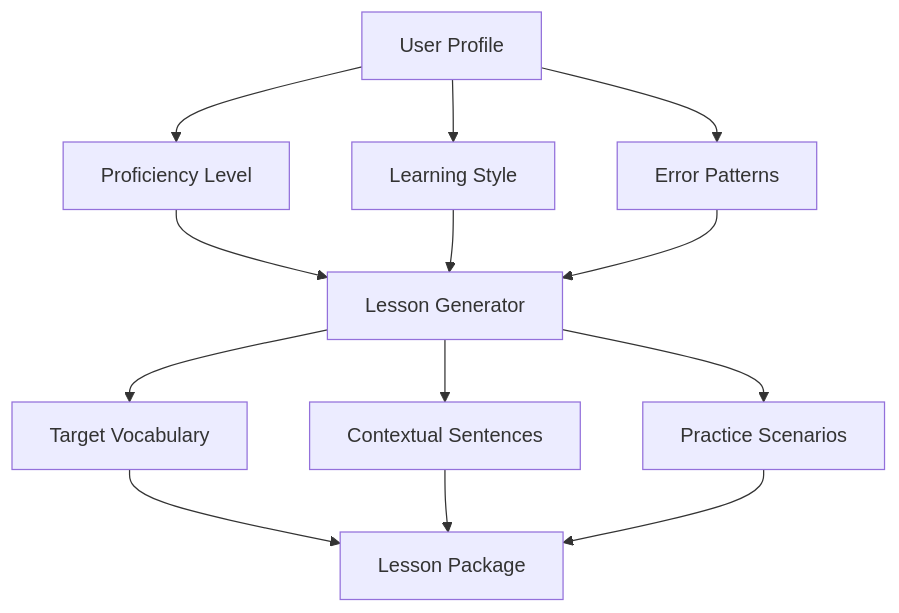
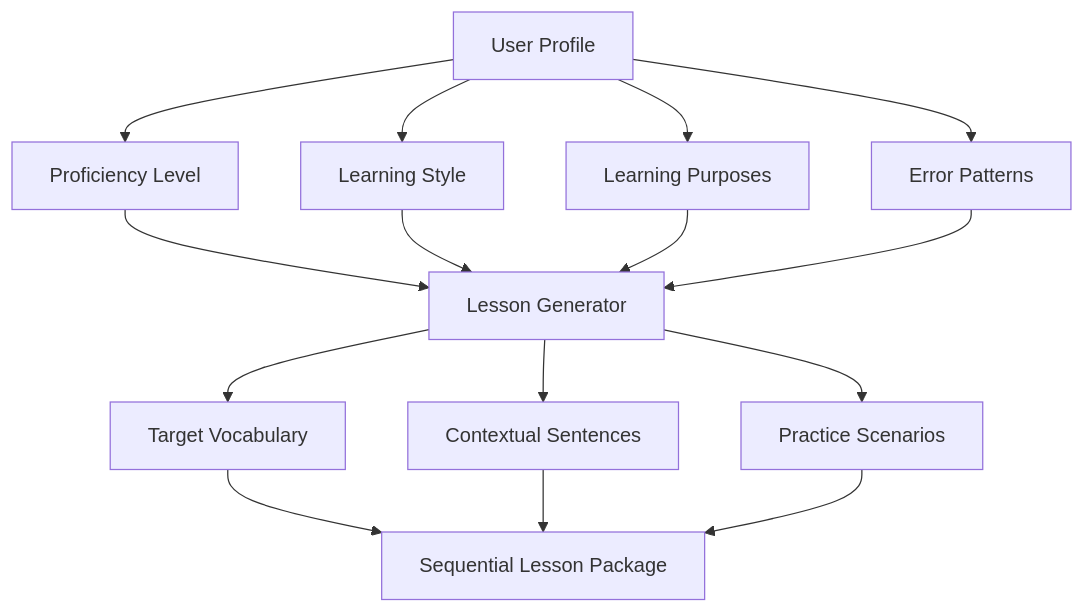
The second of 3 diagrams in app_documentation.md (NikKowPHP/lessay-subscribe), drawn with Mermaid before and after one commit. The commit also changed other lines of this file, not shown here.

````diff
--- a/app_documentation.md
+++ b/app_documentation.md
@@ -79,15 +81,17 @@
 ```mermaid
 flowchart TD
     A[User Profile] --> B[Proficiency Level]
     A --> C[Learning Style]
-    A --> D[Error Patterns]
+    A --> D[Learning Purposes]
+    A --> E[Error Patterns]
     B --> AI[Lesson Generator]
     C --> AI
     D --> AI
-    AI --> E[Target Vocabulary]
-    AI --> F[Contextual Sentences]
-    AI --> G[Practice Scenarios]
-    E --> H[Lesson Package]
-    F --> H
-    G --> H
+    E --> AI
+    AI --> F[Target Vocabulary]
+    AI --> G[Contextual Sentences]
+    AI --> H[Practice Scenarios]
+    F --> I[Sequential Lesson Package]
+    G --> I
+    H --> I
 ```
````
